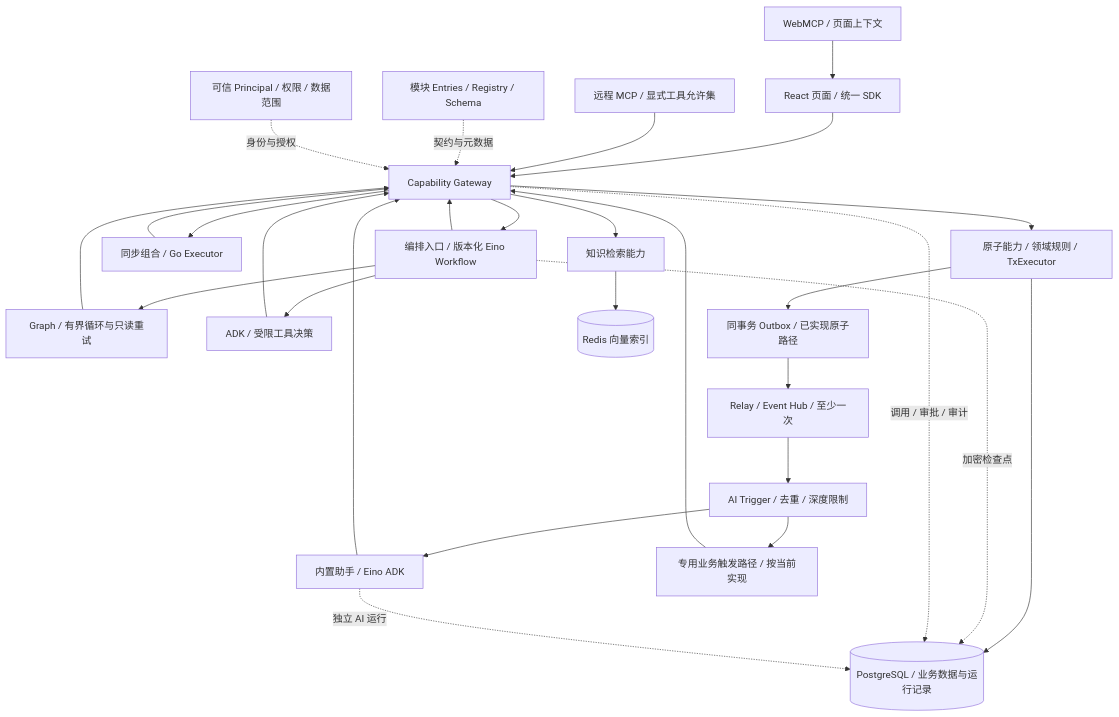
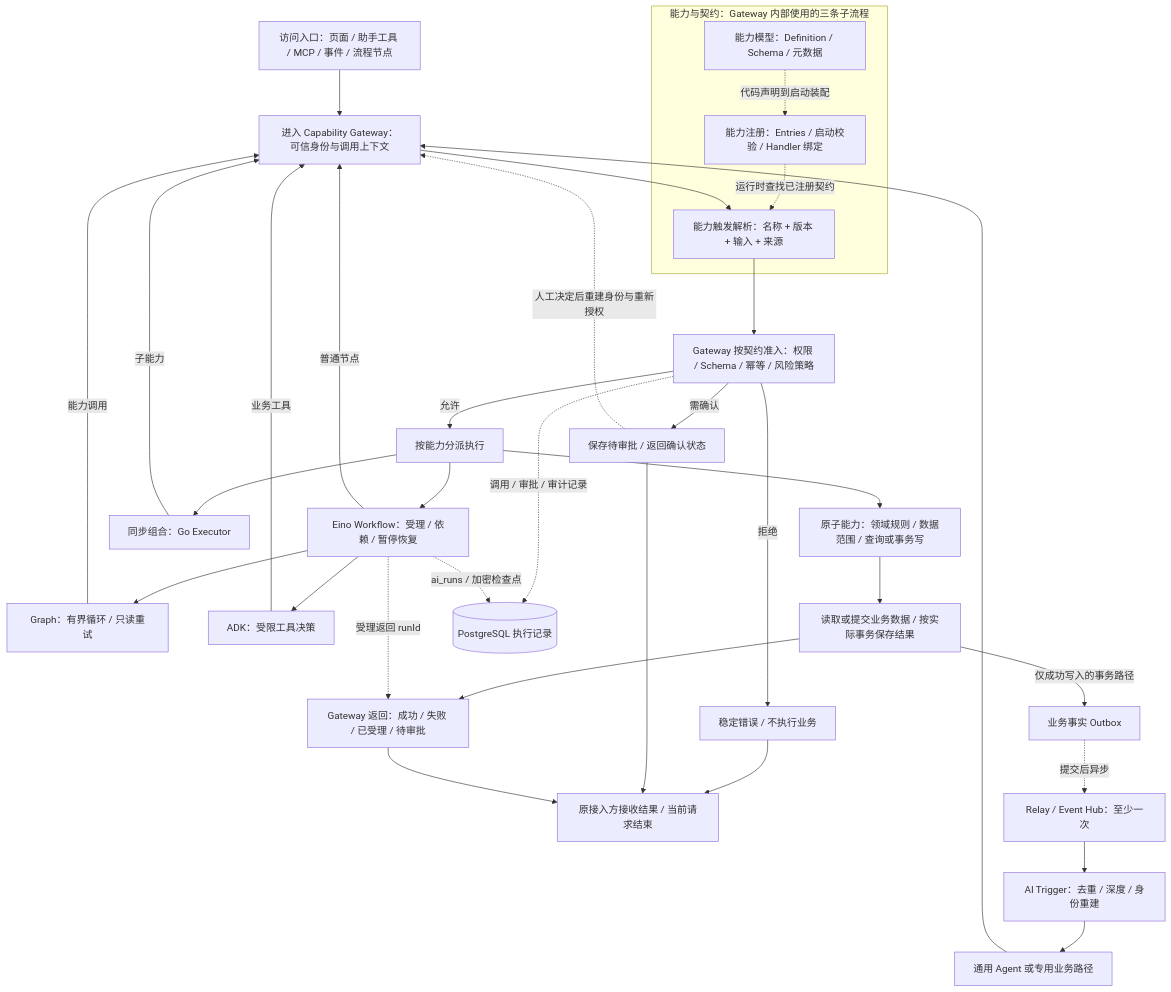
One commit to itophp/horizon changed the diagram in docs/architecture.md. Above: the diagram before and after it, drawn with Mermaid. The commit also changed other lines of this file and 3 other files, not shown here.

````diff
--- a/docs/architecture.md
+++ b/docs/architecture.md
@@ -9,30 +24,39 @@
 ```mermaid
 flowchart TD
-    UI[React 页面 / 统一 SDK] --> GW[Capability Gateway]
-    MCP[远程 MCP / 显式工具允许集] --> GW
-    PAGE[WebMCP / 页面上下文] --> UI
-    ASSIST[内置助手 / Eino ADK] --> GW
-    REG[模块 Entries / Registry / Schema] -. 契约与元数据 .-> GW
-    IAM[可信 Principal / 权限 / 数据范围] -. 身份与授权 .-> GW
-    GW --> ATOM[原子能力 / 领域规则 / TxExecutor]
-    GW --> COMPOSE[同步组合 / Go Executor]
-    GW --> ORCH[编排入口 / 版本化 Eino Workflow]
-    COMPOSE --> GW
-    ORCH --> GRAPH[Graph / 有界循环与只读重试]
-    ORCH --> AGENT[ADK / 受限工具决策]
-    ORCH --> GW
-    GRAPH --> GW
-    AGENT --> GW
-    ATOM --> DB[(PostgreSQL / 业务数据与运行记录)]
-    ATOM --> OUTBOX[同事务 Outbox / 已实现原子路径]
-    OUTBOX --> HUB[Relay / Event Hub / 至少一次]
-    HUB --> TRIGGER[AI Trigger / 去重 / 深度限制]
-    TRIGGER --> ASSIST
-    TRIGGER --> ROUTE[专用业务触发路径 / 按当前实现]
-    ROUTE --> GW
-    ORCH -. 加密检查点 .-> DB
-    GW -. 调用 / 审批 / 审计 .-> DB
-    ASSIST -. 独立 AI 运行 .-> DB
-    GW --> KNOW[知识检索能力]
-    KNOW --> REDIS[(Redis 向量索引)]
+    ACCESS[访问入口：页面 / 助手工具 / MCP / 事件 / 流程节点] --> GW[进入 Capability Gateway：可信身份与调用上下文]
+    subgraph CONTRACT[能力与契约：Gateway 内部使用的三条子流程]
+        MODEL[能力模型：Definition / Schema / 元数据]
+        REG[能力注册：Entries / 启动校验 / Handler 绑定]
+        RESOLVE[能力触发解析：名称 + 版本 + 输入 + 来源]
+        MODEL -. 代码声明到启动装配 .-> REG
+        REG -. 运行时查找已注册契约 .-> RESOLVE
+    end
+    GW --> RESOLVE
+    RESOLVE --> CHECK[Gateway 按契约准入：权限 / Schema / 幂等 / 风险策略]
+    CHECK -->|拒绝| ERROR[稳定错误 / 不执行业务]
+    CHECK -->|需确认| WAIT[保存待审批 / 返回确认状态]
+    CHECK -->|允许| DISPATCH[按能力分派执行]
+    WAIT -. 人工决定后重建身份与重新授权 .-> GW
+    DISPATCH --> ATOM[原子能力：领域规则 / 数据范围 / 查询或事务写]
+    DISPATCH --> COMPOSE[同步组合：Go Executor]
+    DISPATCH --> ORCH[Eino Workflow：受理 / 依赖 / 暂停恢复]
+    COMPOSE -->|子能力| GW
+    ORCH -->|普通节点| GW
+    ORCH --> GRAPH[Graph：有界循环 / 只读重试]
+    ORCH --> AGENT[ADK：受限工具决策]
+    GRAPH -->|能力调用| GW
+    AGENT -->|业务工具| GW
+    ATOM --> DB[读取或提交业务数据 / 按实际事务保存结果]
+    DB --> RESULT[Gateway 返回：成功 / 失败 / 已受理 / 待审批]
+    ORCH -. 受理返回 runId .-> RESULT
+    ERROR --> END[原接入方接收结果 / 当前请求结束]
+    WAIT --> END
+    RESULT --> END
+    CHECK -. 调用 / 审批 / 审计记录 .-> LOG[(PostgreSQL 执行记录)]
+    ORCH -. ai_runs / 加密检查点 .-> LOG
+    DB -->|仅成功写入的事务路径| OUTBOX[业务事实 Outbox]
+    OUTBOX -. 提交后异步 .-> HUB[Relay / Event Hub：至少一次]
+    HUB --> TRIGGER[AI Trigger：去重 / 深度 / 身份重建]
+    TRIGGER --> NEXT[通用 Agent 或专用业务路径]
+    NEXT --> GW
 ```
````
